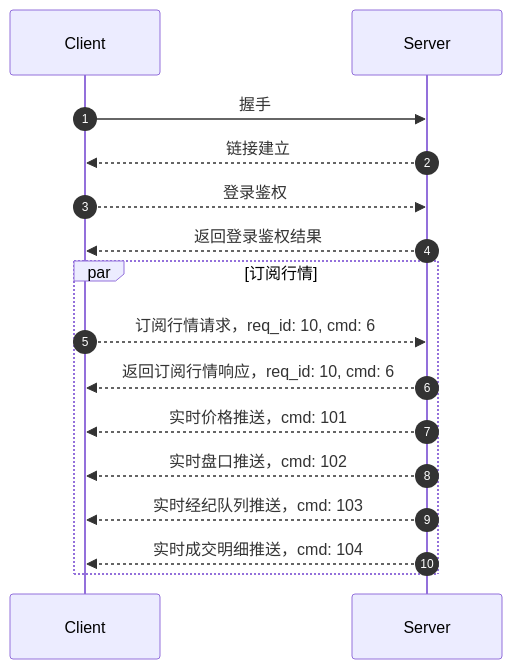
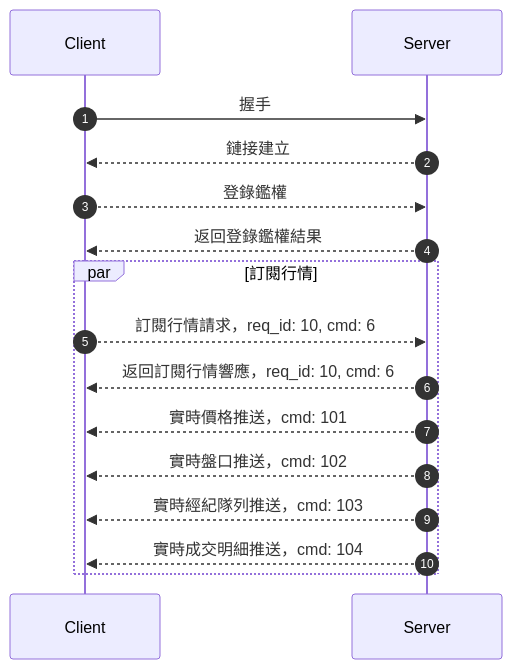
Before and after one commit to longportapp/openapi-website: the diagram in i18n/zh-HK/docusaurus-plugin-content-docs/current/socket/how_to_subscribe_quote.md, drawn with Mermaid. The commit also changed other lines of this file and 15 other files, not shown here.

````diff
--- a/i18n/zh-HK/docusaurus-plugin-content-docs/current/socket/how_to_subscribe_quote.md
+++ b/i18n/zh-HK/docusaurus-plugin-content-docs/current/socket/how_to_subscribe_quote.md
@@ -18,20 +18,20 @@
 ```mermaid
 sequenceDiagram
 autonumber
 Client ->> Server: 握手
-Server -->> Client: 链接建立
-Client -->> Server: 登录鉴权
-Server -->> Client: 返回登录鉴权结果
+Server -->> Client: 鏈接建立
+Client -->> Server: 登錄鑑權
+Server -->> Client: 返回登錄鑑權結果
 
-par 订阅行情
-Client -->> Server: 订阅行情请求，req_id: 10, cmd: 6
-Server -->> Client: 返回订阅行情响应，req_id: 10, cmd: 6
+par 訂閱行情
+Client -->> Server: 訂閱行情請求，req_id: 10, cmd: 6
+Server -->> Client: 返回訂閱行情響應，req_id: 10, cmd: 6
 
-Server -->> Client: 实时价格推送，cmd: 101
-Server -->> Client: 实时盘口推送，cmd: 102
-Server -->> Client: 实时经纪队列推送，cmd: 103
-Server -->> Client: 实时成交明细推送，cmd: 104
+Server -->> Client: 實時價格推送，cmd: 101
+Server -->> Client: 實時盤口推送，cmd: 102
+Server -->> Client: 實時經紀隊列推送，cmd: 103
+Server -->> Client: 實時成交明細推送，cmd: 104
 
 end
 
 ```
````
